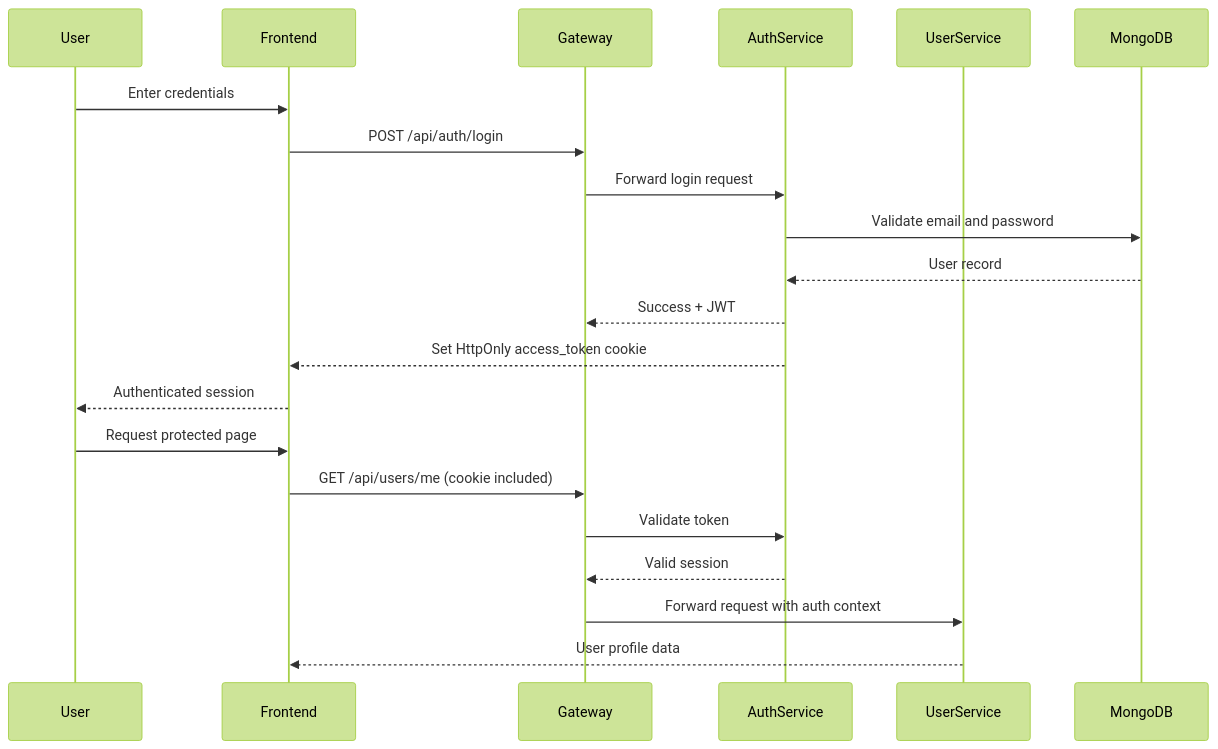
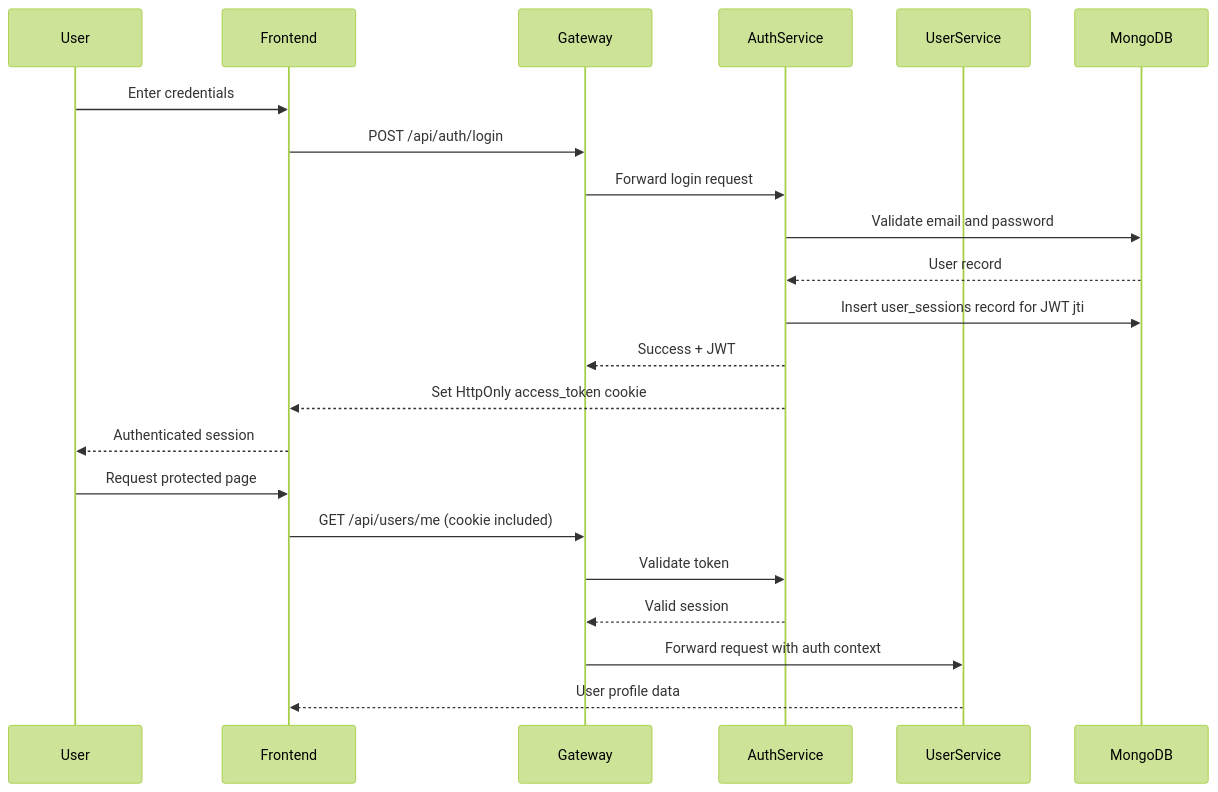
Before and after one commit to manish8561/identiy-hub-services: the second of 3 diagrams in architect.md, drawn with Mermaid (forest theme). The commit also changed other lines of this file and 11 other files, not shown here.

Commit message:
feat: implement user session management with MongoDB support

````diff
--- a/architect.md
+++ b/architect.md
@@ -56,25 +56,26 @@
 ```mermaid
 sequenceDiagram
     participant User
     participant Frontend
     participant Gateway
     participant AuthService
     participant UserService
     participant MongoDB
 
     User->>Frontend: Enter credentials
     Frontend->>Gateway: POST /api/auth/login
     Gateway->>AuthService: Forward login request
     AuthService->>MongoDB: Validate email and password
     MongoDB-->>AuthService: User record
+    AuthService->>MongoDB: Insert user_sessions record for JWT jti
     AuthService-->>Gateway: Success + JWT
     AuthService-->>Frontend: Set HttpOnly access_token cookie
     Frontend-->>User: Authenticated session
 
     User->>Frontend: Request protected page
     Frontend->>Gateway: GET /api/users/me (cookie included)
     Gateway->>AuthService: Validate token
     AuthService-->>Gateway: Valid session
     Gateway->>UserService: Forward request with auth context
     UserService-->>Frontend: User profile data
 ```
````
